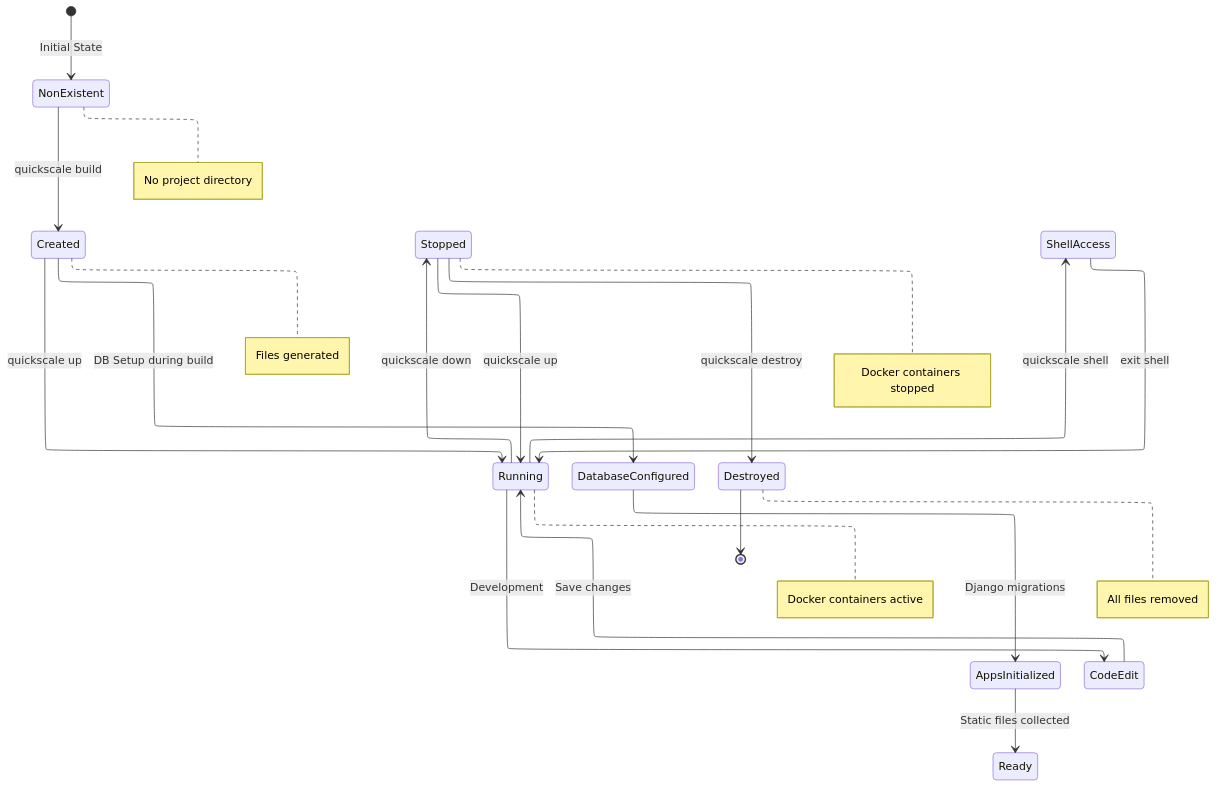
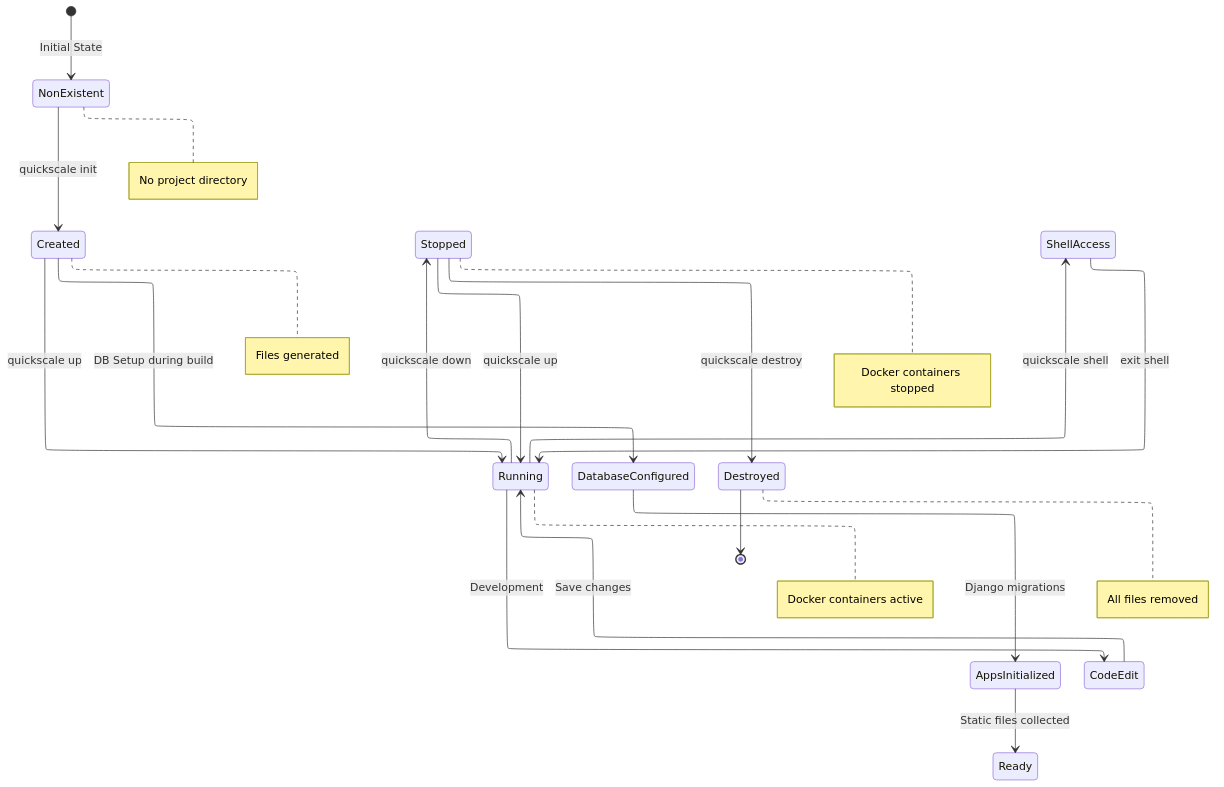
Before and after one commit to Experto-AI/quickscale: the fourth of 7 diagrams in TECHNICAL_DOCS.md, drawn with Mermaid. The commit also changed other lines of this file and 104 other files, not shown here.

````diff
--- a/TECHNICAL_DOCS.md
+++ b/TECHNICAL_DOCS.md
@@ -298,28 +323,28 @@
 ```mermaid
 ---
 config:
   look: classic
   layout: elk
 ---
 stateDiagram
   direction TB
   [*] --> NonExistent:Initial State
-  NonExistent --> Created:quickscale build
+  NonExistent --> Created:quickscale init
   Created --> Running:quickscale up
   Running --> Stopped:quickscale down
   Stopped --> Running:quickscale up
   Created --> DatabaseConfigured:DB Setup during build
   DatabaseConfigured --> AppsInitialized:Django migrations
   AppsInitialized --> Ready:Static files collected
   Running --> ShellAccess:quickscale shell
   ShellAccess --> Running:exit shell
   Running --> CodeEdit:Development
   CodeEdit --> Running:Save changes
   Stopped --> Destroyed:quickscale destroy
   Destroyed --> [*]
   note right of NonExistent : No project directory
   note right of Created : Files generated
   note right of Running : Docker containers active
   note right of Stopped : Docker containers stopped
   note right of Destroyed : All files removed
 ```
````
